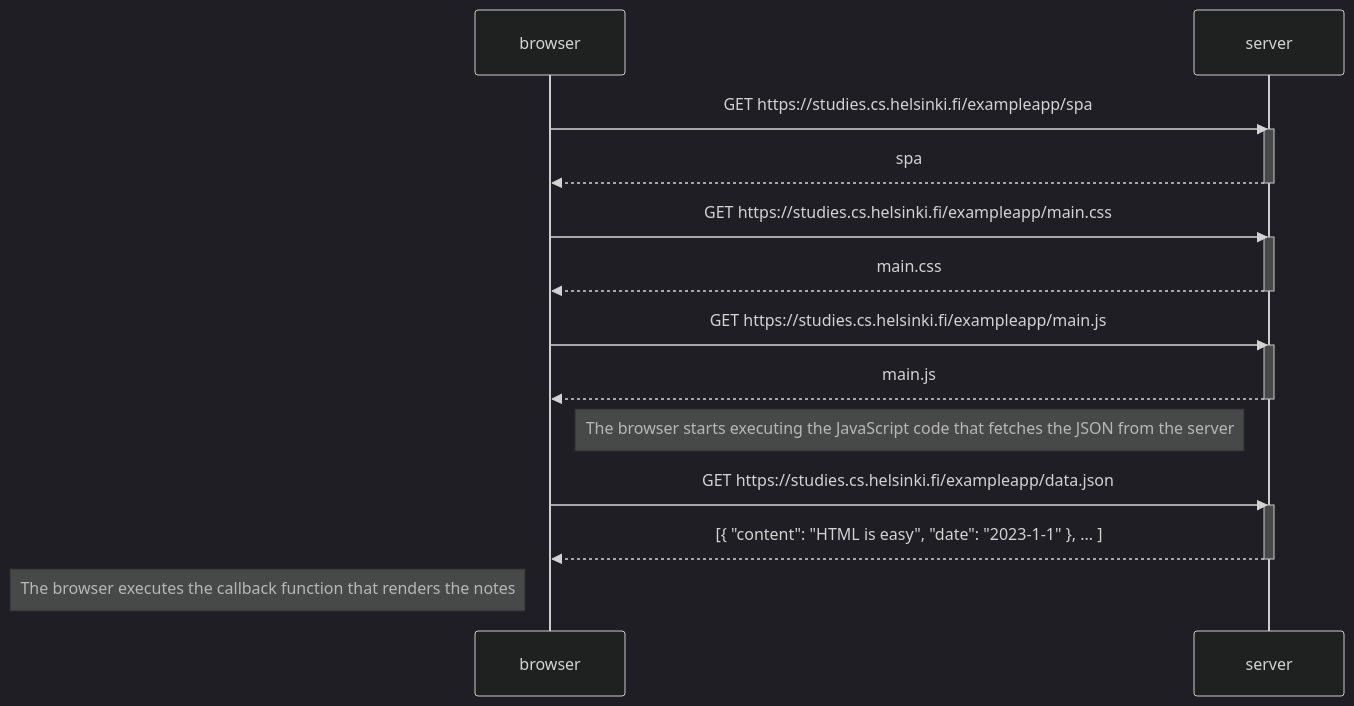
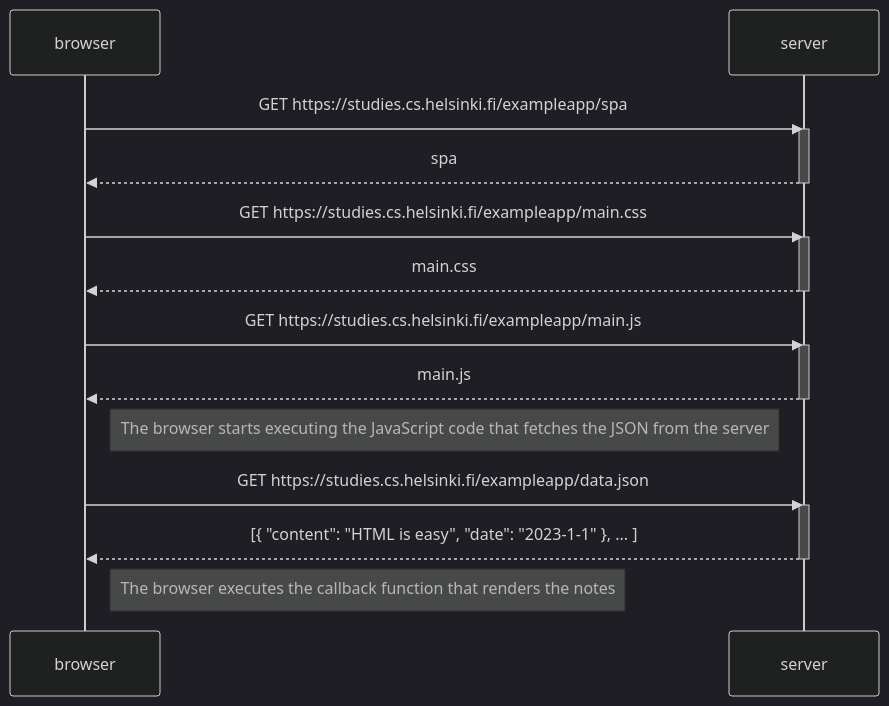
Before and after one commit to vqhqu/fullstackopen: the diagram in osa0/5 single page app.md, drawn with Mermaid (dark theme).

Commit message:
fix left -> right

````diff
--- a/osa0/5 single page app.md
+++ b/osa0/5 single page app.md
@@ -2,24 +2,24 @@
 ```mermaid
 sequenceDiagram
     participant browser
     participant server
 
     browser->>server: GET https://studies.cs.helsinki.fi/exampleapp/spa
     activate server
     server-->>browser: spa
     deactivate server
     browser->>server: GET https://studies.cs.helsinki.fi/exampleapp/main.css
     activate server
     server-->>browser: main.css
     deactivate server
     browser->>server: GET https://studies.cs.helsinki.fi/exampleapp/main.js
     activate server
     server-->>browser: main.js
     deactivate server
     Note right of browser: The browser starts executing the JavaScript code that fetches the JSON from the server
     browser->>server: GET https://studies.cs.helsinki.fi/exampleapp/data.json
     activate server
     server-->>browser: [{ "content": "HTML is easy", "date": "2023-1-1" }, ... ]
     deactivate server    
-    Note left of browser: The browser executes the callback function that renders the notes 
+    Note right of browser: The browser executes the callback function that renders the notes 
 ```
````
